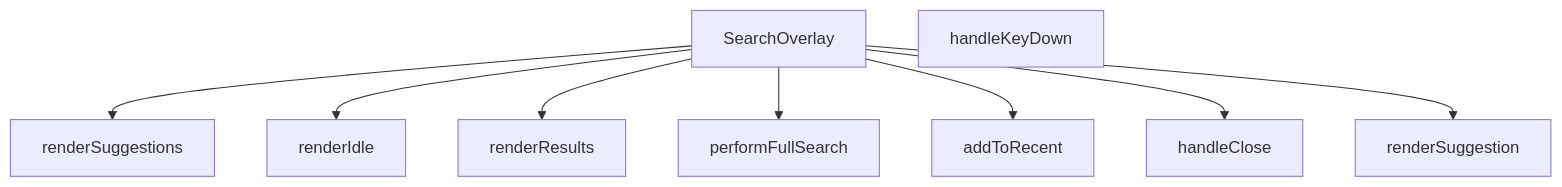
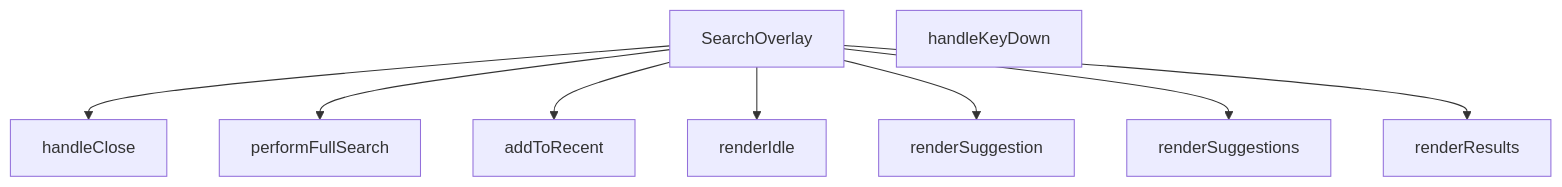
One commit to peckop/venthub-hvac-esite changed the diagram in src/components/SearchOverlay.md. Above: the diagram before and after it, drawn with Mermaid. The commit also changed other lines of this file and 63 other files, not shown here.

````diff
--- a/src/components/SearchOverlay.md
+++ b/src/components/SearchOverlay.md
@@ -236,19 +298,19 @@
 ```mermaid
 graph TD
     SearchOverlay_tsx__SearchOverlay["SearchOverlay"]
     SearchOverlay_tsx__addToRecent["addToRecent"]
     SearchOverlay_tsx__handleClose["handleClose"]
     SearchOverlay_tsx__handleKeyDown["handleKeyDown"]
     SearchOverlay_tsx__performFullSearch["performFullSearch"]
     SearchOverlay_tsx__renderIdle["renderIdle"]
     SearchOverlay_tsx__renderResults["renderResults"]
     SearchOverlay_tsx__renderSuggestion["renderSuggestion"]
     SearchOverlay_tsx__renderSuggestions["renderSuggestions"]
-    SearchOverlay_tsx__SearchOverlay --> SearchOverlay_tsx__renderSuggestions
-    SearchOverlay_tsx__SearchOverlay --> SearchOverlay_tsx__renderIdle
-    SearchOverlay_tsx__SearchOverlay --> SearchOverlay_tsx__renderResults
+    SearchOverlay_tsx__SearchOverlay --> SearchOverlay_tsx__handleClose
     SearchOverlay_tsx__SearchOverlay --> SearchOverlay_tsx__performFullSearch
     SearchOverlay_tsx__SearchOverlay --> SearchOverlay_tsx__addToRecent
-    SearchOverlay_tsx__SearchOverlay --> SearchOverlay_tsx__handleClose
+    SearchOverlay_tsx__SearchOverlay --> SearchOverlay_tsx__renderIdle
     SearchOverlay_tsx__SearchOverlay --> SearchOverlay_tsx__renderSuggestion
+    SearchOverlay_tsx__SearchOverlay --> SearchOverlay_tsx__renderSuggestions
+    SearchOverlay_tsx__SearchOverlay --> SearchOverlay_tsx__renderResults
 ```
````
